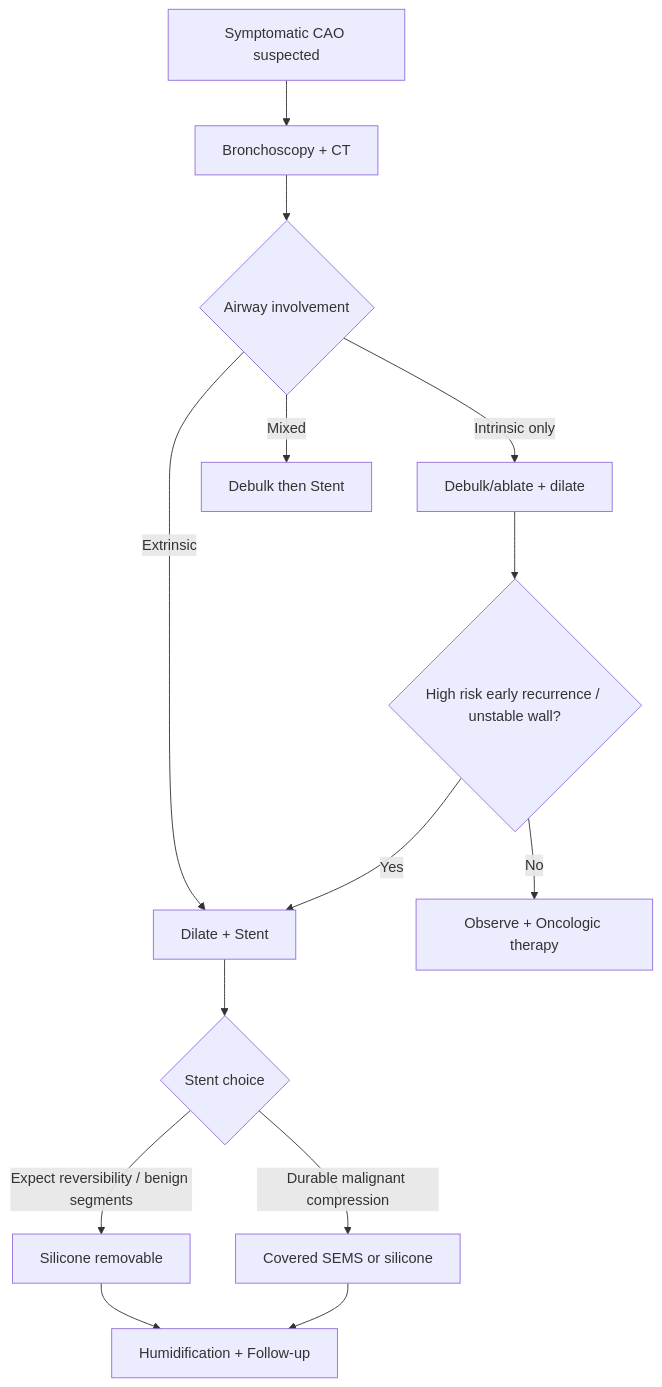
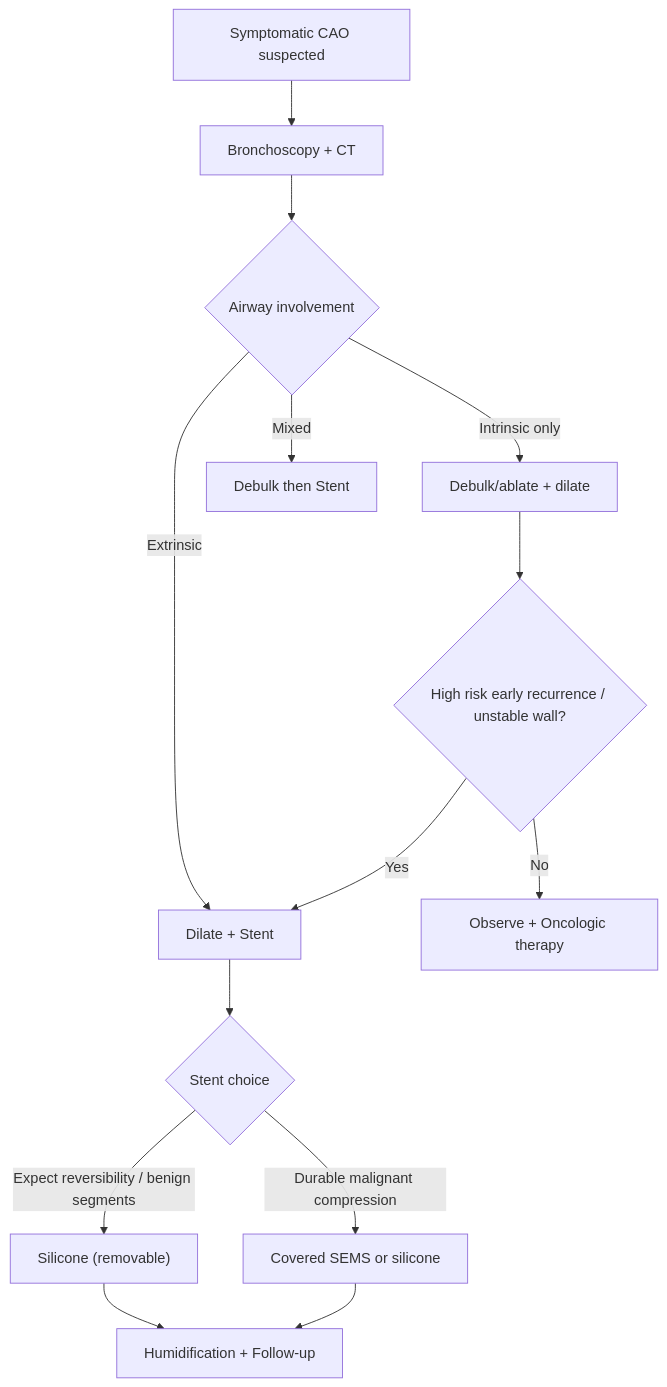
The first of 3 diagrams in content/modules/board/airway-stents.mdx (russellmiller49/Interventional-Pulm-Education-Project), drawn with Mermaid before and after one commit. The commit also changed other lines of this file and 45 other files, not shown here.

````diff
--- a/content/modules/board/airway-stents.mdx
+++ b/content/modules/board/airway-stents.mdx
@@ -202,16 +144,16 @@
 ```mermaid
 flowchart TD
-A[Symptomatic CAO suspected] --> B[Bronchoscopy + CT]
-B --> C{Airway involvement}
-C -->|Intrinsic only| D[Debulk/ablate + dilate]
-C -->|Extrinsic| E[Dilate + Stent]
-C -->|Mixed| F[Debulk then Stent]
-D --> G{High risk early recurrence / unstable wall?}
-G -->|Yes| E
-G -->|No| H[Observe + Oncologic therapy]
-E --> I{Stent choice}
-I -->|Expect reversibility / benign segments| J[Silicone removable]
-I -->|Durable malignant compression| K[Covered SEMS or silicone]
-J --> L[Humidification + Follow-up]
-K --> L
+        A["Symptomatic CAO suspected"] --> B["Bronchoscopy + CT"]
+        B --> C{"Airway involvement"}
+        C -->|"Intrinsic only"| D["Debulk/ablate + dilate"]
+        C -->|"Extrinsic"| E["Dilate + Stent"]
+        C -->|"Mixed"| F["Debulk then Stent"]
+        D --> G{"High risk early recurrence / unstable wall?"}
+        G -->|"Yes"| E
+        G -->|"No"| H["Observe + Oncologic therapy"]
+        E --> I{"Stent choice"}
+        I -->|"Expect reversibility / benign segments"| J["Silicone (removable)"]
+        I -->|"Durable malignant compression"| K["Covered SEMS or silicone"]
+        J --> L["Humidification + Follow-up"]
+        K --> L
 ```
````
